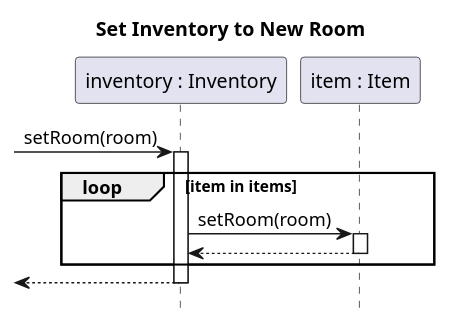
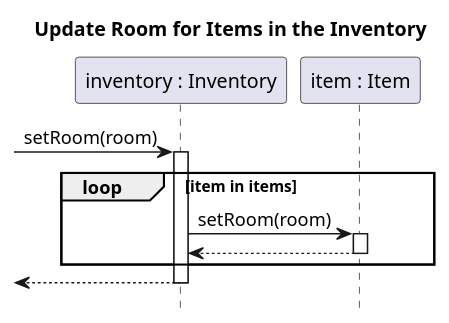
One commit to sn4k3ch4rm3r/logarlec changed the diagram in docs/diagrams/sequence/inventory-set-room.puml. Above: the diagram before and after it, drawn with PlantUML. The commit also changed 4 other files, not shown here.

```diff
--- a/docs/diagrams/sequence/inventory-set-room.puml
+++ b/docs/diagrams/sequence/inventory-set-room.puml
@@ -1,18 +1,17 @@
 @startuml inventory-set-room
-'https://plantuml.com/sequence-diagram
 
-title Set Inventory to New Room
+title Update Room for Items in the Inventory
 hide footbox
 autoactivate on
 
 participant "inventory : Inventory" as inventory
 participant "item : Item" as item
 
 [-> inventory : setRoom(room)
     loop item in items
         inventory -> item : setRoom(room)
         return
     end
 return
 
 @enduml
```
